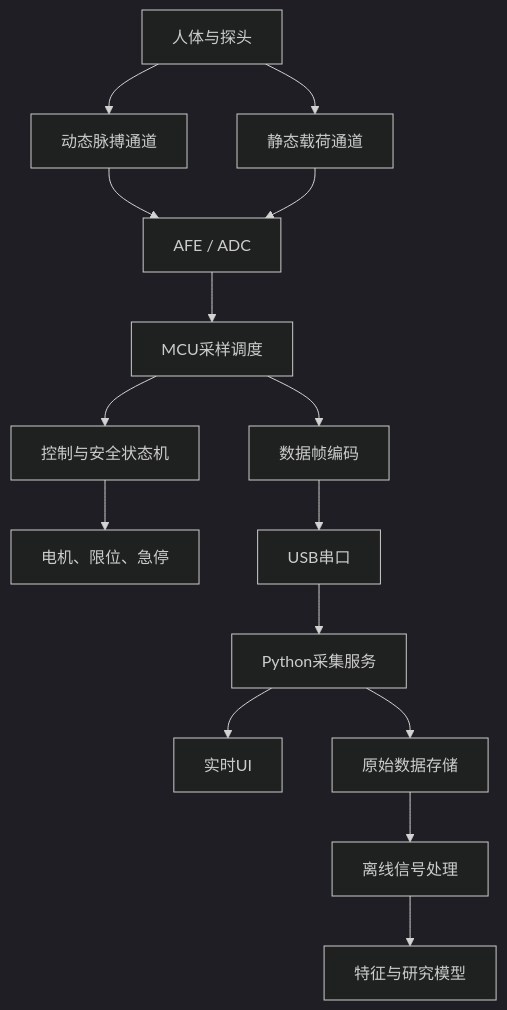
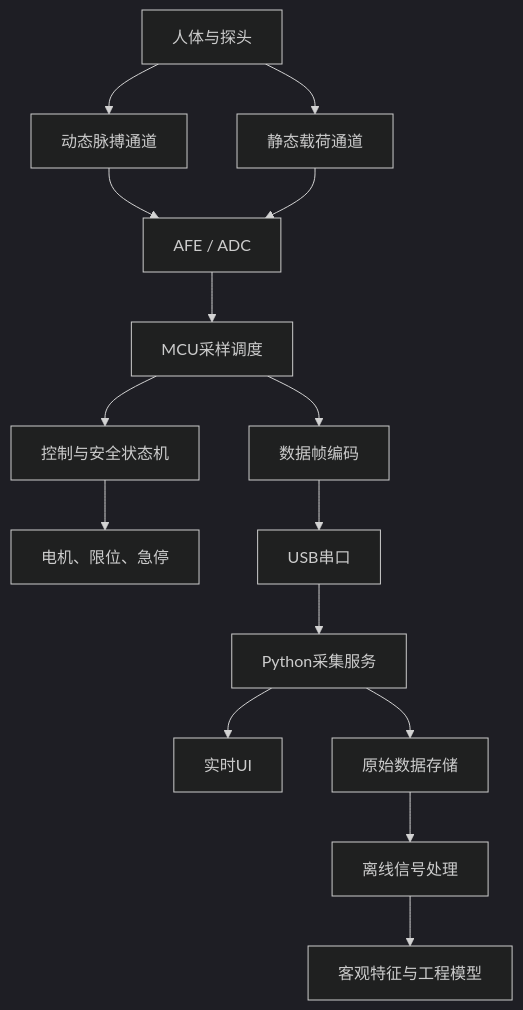
The second of 3 diagrams in docs/00-项目总览/系统架构.md (cxjchelsea/digital-pulse-diagnosis), drawn with Mermaid (dark theme) before and after one commit. The commit also changed other lines of this file and 37 other files, not shown here.

````diff
--- a/docs/00-项目总览/系统架构.md
+++ b/docs/00-项目总览/系统架构.md
@@ -44,17 +44,17 @@
 ```mermaid
 flowchart TD
     A["人体与探头"] --> B["动态脉搏通道"]
     A --> C["静态载荷通道"]
     B --> D["AFE / ADC"]
     C --> D
     D --> E["MCU采样调度"]
     E --> F["控制与安全状态机"]
     E --> G["数据帧编码"]
     F --> H["电机、限位、急停"]
     G --> I["USB串口"]
     I --> J["Python采集服务"]
     J --> K["实时UI"]
     J --> L["原始数据存储"]
     L --> M["离线信号处理"]
-    M --> N["特征与研究模型"]
+    M --> N["客观特征与工程模型"]
 ```
````
